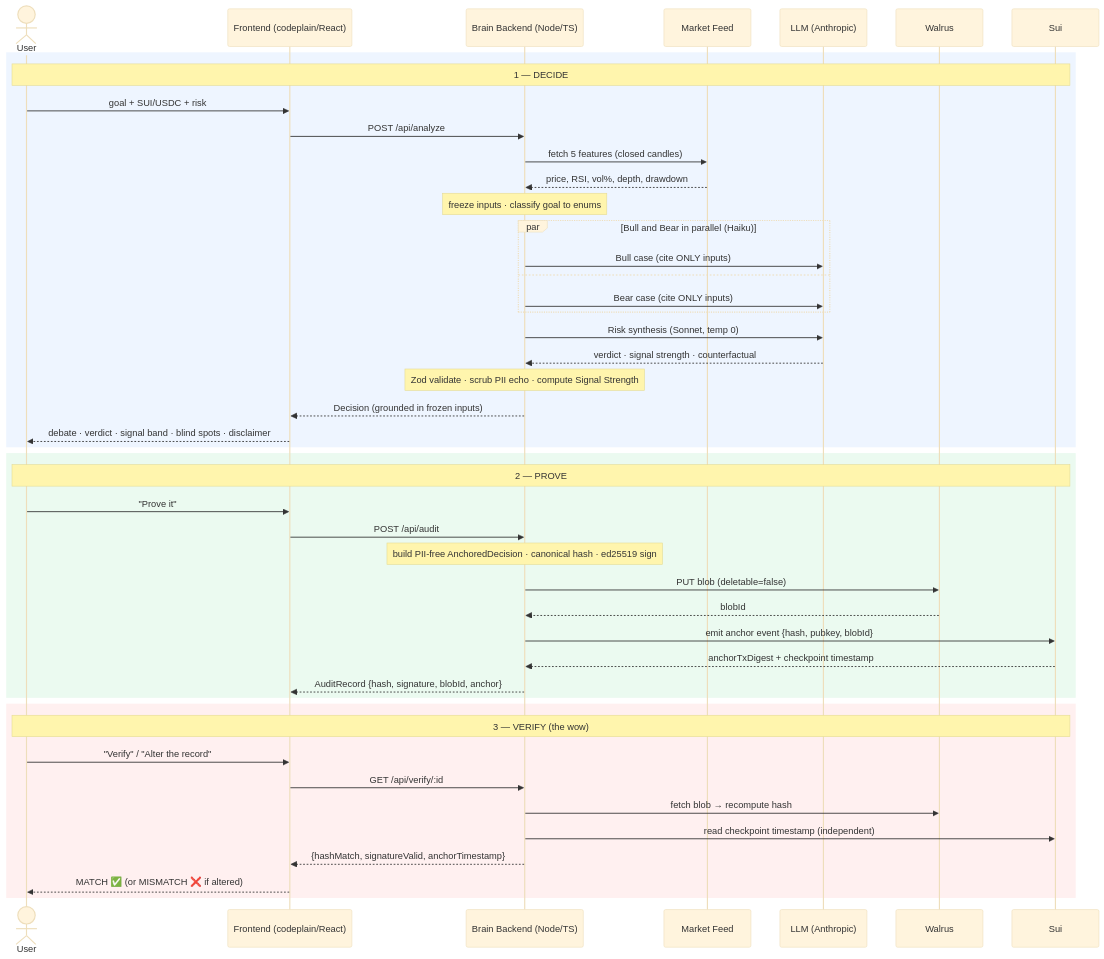
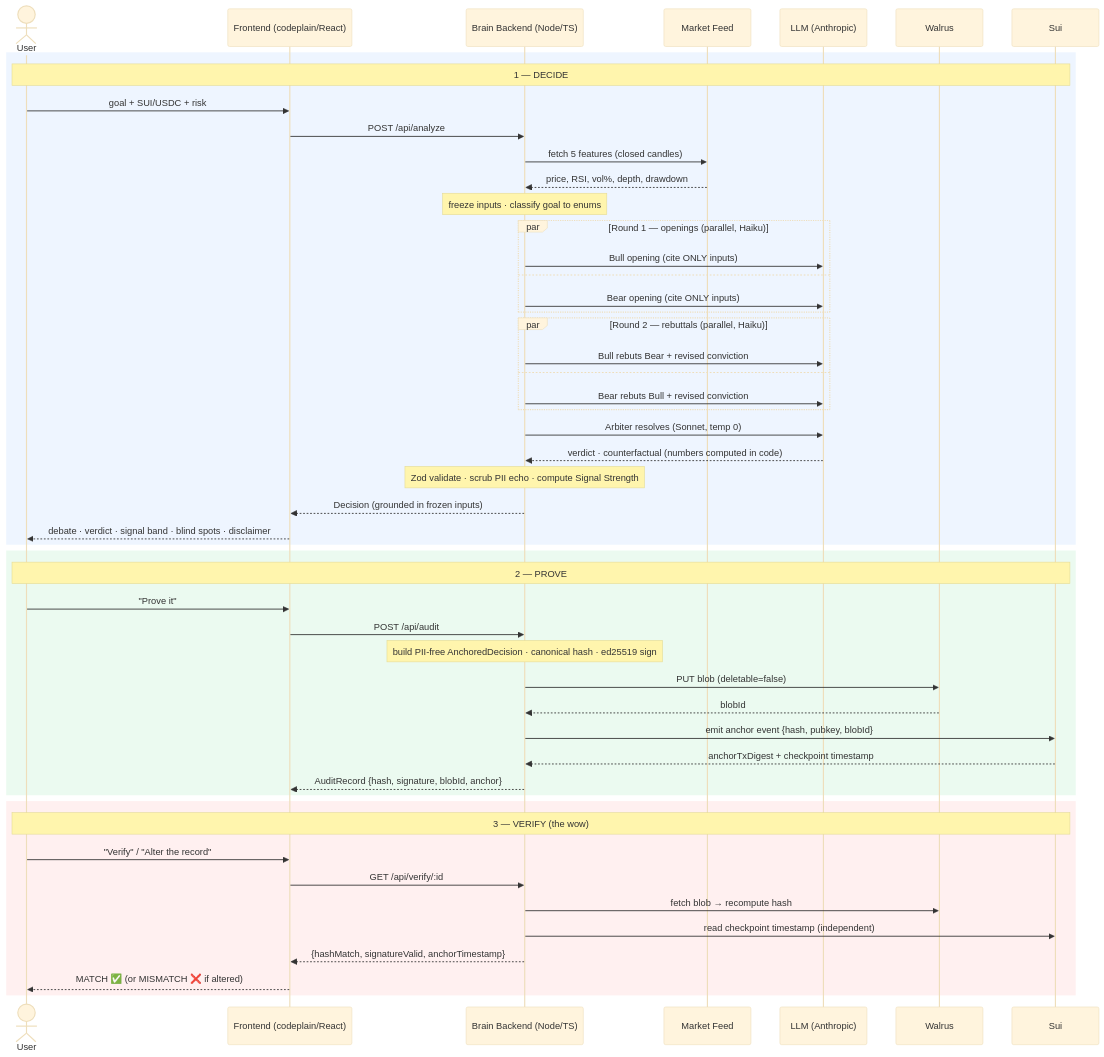
The first of 4 diagrams in DESIGN.md (supawichza40/glassbox), drawn with Mermaid (base theme) before and after one commit. The commit also changed 1 other file, not shown here.

Commit message:
Agent design: add one rebuttal round (openings -> rebuttals -> Arbiter)
Bull/Bear exchange one rebuttal with revised convictions before the Arbiter
resolves; inputs stay frozen so no new facts enter later rounds. Rebuttal
makes the debate load-bearing for Signal Strength. DEBATE=rebuttal|single flag.

````diff
--- a/DESIGN.md
+++ b/DESIGN.md
@@ -11,51 +11,56 @@
 ```mermaid
 sequenceDiagram
     actor U as User
     participant FE as Frontend (codeplain/React)
     participant BE as Brain Backend (Node/TS)
     participant MK as Market Feed
     participant LLM as LLM (Anthropic)
     participant WAL as Walrus
     participant SUI as Sui
 
     rect rgb(238,245,255)
     Note over U,SUI: 1 — DECIDE
     U->>FE: goal + SUI/USDC + risk
     FE->>BE: POST /api/analyze
     BE->>MK: fetch 5 features (closed candles)
     MK-->>BE: price, RSI, vol%, depth, drawdown
     Note over BE: freeze inputs · classify goal to enums
-    par Bull and Bear in parallel (Haiku)
-        BE->>LLM: Bull case (cite ONLY inputs)
+    par Round 1 — openings (parallel, Haiku)
+        BE->>LLM: Bull opening (cite ONLY inputs)
     and
-        BE->>LLM: Bear case (cite ONLY inputs)
+        BE->>LLM: Bear opening (cite ONLY inputs)
     end
-    BE->>LLM: Risk synthesis (Sonnet, temp 0)
-    LLM-->>BE: verdict · signal strength · counterfactual
+    par Round 2 — rebuttals (parallel, Haiku)
+        BE->>LLM: Bull rebuts Bear + revised conviction
+    and
+        BE->>LLM: Bear rebuts Bull + revised conviction
+    end
+    BE->>LLM: Arbiter resolves (Sonnet, temp 0)
+    LLM-->>BE: verdict · counterfactual (numbers computed in code)
     Note over BE: Zod validate · scrub PII echo · compute Signal Strength
     BE-->>FE: Decision (grounded in frozen inputs)
     FE-->>U: debate · verdict · signal band · blind spots · disclaimer
     end
 
     rect rgb(235,250,240)
     Note over U,SUI: 2 — PROVE
     U->>FE: "Prove it"
     FE->>BE: POST /api/audit
     Note over BE: build PII-free AnchoredDecision · canonical hash · ed25519 sign
     BE->>WAL: PUT blob (deletable=false)
     WAL-->>BE: blobId
     BE->>SUI: emit anchor event {hash, pubkey, blobId}
     SUI-->>BE: anchorTxDigest + checkpoint timestamp
     BE-->>FE: AuditRecord {hash, signature, blobId, anchor}
     end
 
     rect rgb(255,240,240)
     Note over U,SUI: 3 — VERIFY (the wow)
     U->>FE: "Verify" / "Alter the record"
     FE->>BE: GET /api/verify/:id
     BE->>WAL: fetch blob → recompute hash
     BE->>SUI: read checkpoint timestamp (independent)
     BE-->>FE: {hashMatch, signatureValid, anchorTimestamp}
     FE-->>U: MATCH ✅  (or MISMATCH ❌ if altered)
     end
 ```
````
